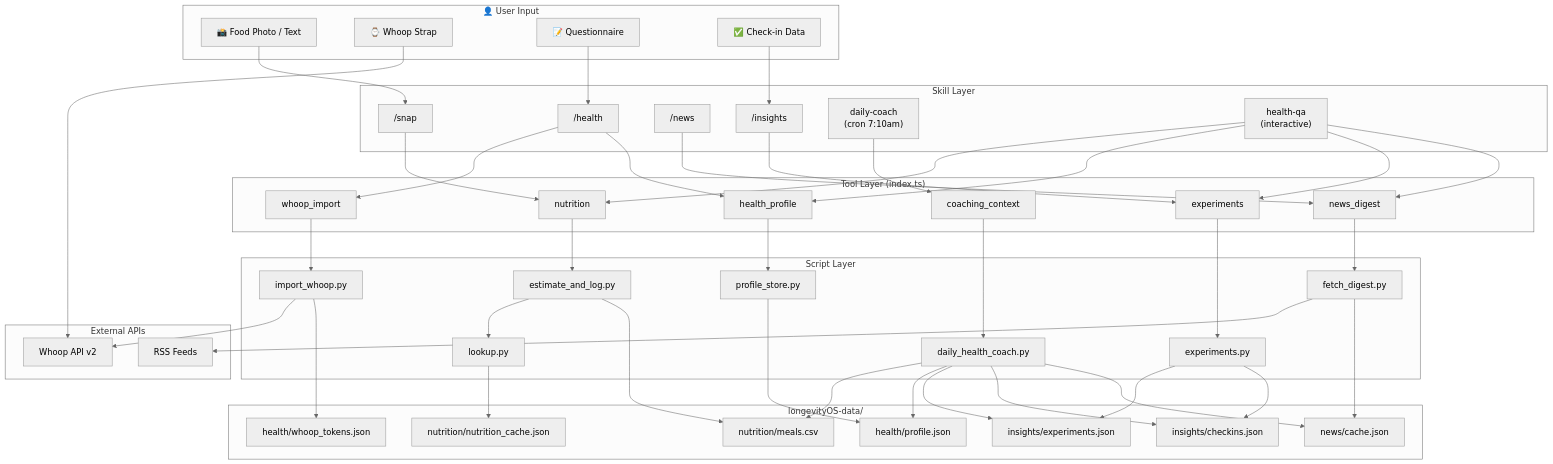
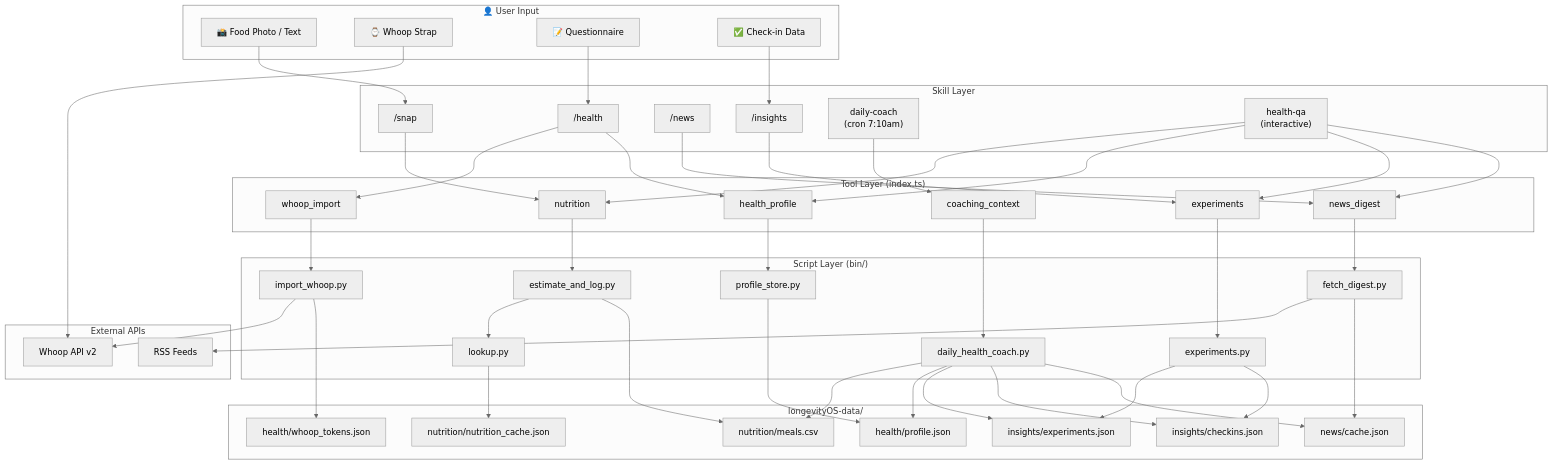
Before and after one commit to compound-life-ai/longClaw: the first of 2 diagrams in README.md, drawn with Mermaid (neutral theme). The commit also changed other lines of this file and 8 other files, not shown here.

````diff
--- a/README.md
+++ b/README.md
@@ -62,79 +62,79 @@
 ```mermaid
 flowchart TB
     subgraph User["👤 User Input"]
         Photo["📸 Food Photo / Text"]
         Whoop["⌚ Whoop Strap"]
         QA["📝 Questionnaire"]
         CI["✅ Check-in Data"]
     end
 
     subgraph Skills["Skill Layer"]
         Snap["/snap"]
         Health["/health"]
         News["/news"]
         Insights["/insights"]
         Coach["daily-coach<br/>(cron 7:10am)"]
         HealthQA["health-qa<br/>(interactive)"]
     end
 
     subgraph Tools["Tool Layer (index.ts)"]
         TNutrition["nutrition"]
         THealth["health_profile"]
         TWhoop["whoop_import"]
         TExperiments["experiments"]
         TNews["news_digest"]
         TCoach["coaching_context"]
     end
 
-    subgraph Scripts["Script Layer"]
+    subgraph Scripts["Script Layer (bin/)"]
         EL["estimate_and_log.py"]
         LK["lookup.py"]
         IW["import_whoop.py"]
         PS["profile_store.py"]
         FD["fetch_digest.py"]
         EX["experiments.py"]
         DHC["daily_health_coach.py"]
     end
 
     subgraph Data["longevityOS-data/"]
         Meals["nutrition/meals.csv"]
         NCache["nutrition/nutrition_cache.json"]
         Profile["health/profile.json"]
         Tokens["health/whoop_tokens.json"]
         Experiments["insights/experiments.json"]
         Checkins["insights/checkins.json"]
         NewsCache["news/cache.json"]
     end
 
     subgraph External["External APIs"]
         WhoopAPI["Whoop API v2"]
         RSS["RSS Feeds"]
     end
 
     Photo --> Snap --> TNutrition --> EL --> LK --> NCache
     EL --> Meals
 
     Whoop --> WhoopAPI
     Health --> TWhoop --> IW --> WhoopAPI
     Health --> THealth --> PS --> Profile
     IW --> Tokens
     QA --> Health
 
     News --> TNews --> FD --> RSS
     FD --> NewsCache
 
     CI --> Insights --> TExperiments --> EX
     EX --> Experiments
     EX --> Checkins
 
     Coach --> TCoach --> DHC
     HealthQA --> TNutrition
     HealthQA --> THealth
     HealthQA --> TExperiments
     HealthQA --> TNews
     DHC --> Meals
     DHC --> Profile
     DHC --> Experiments
     DHC --> Checkins
     DHC --> NewsCache
 ```
````
